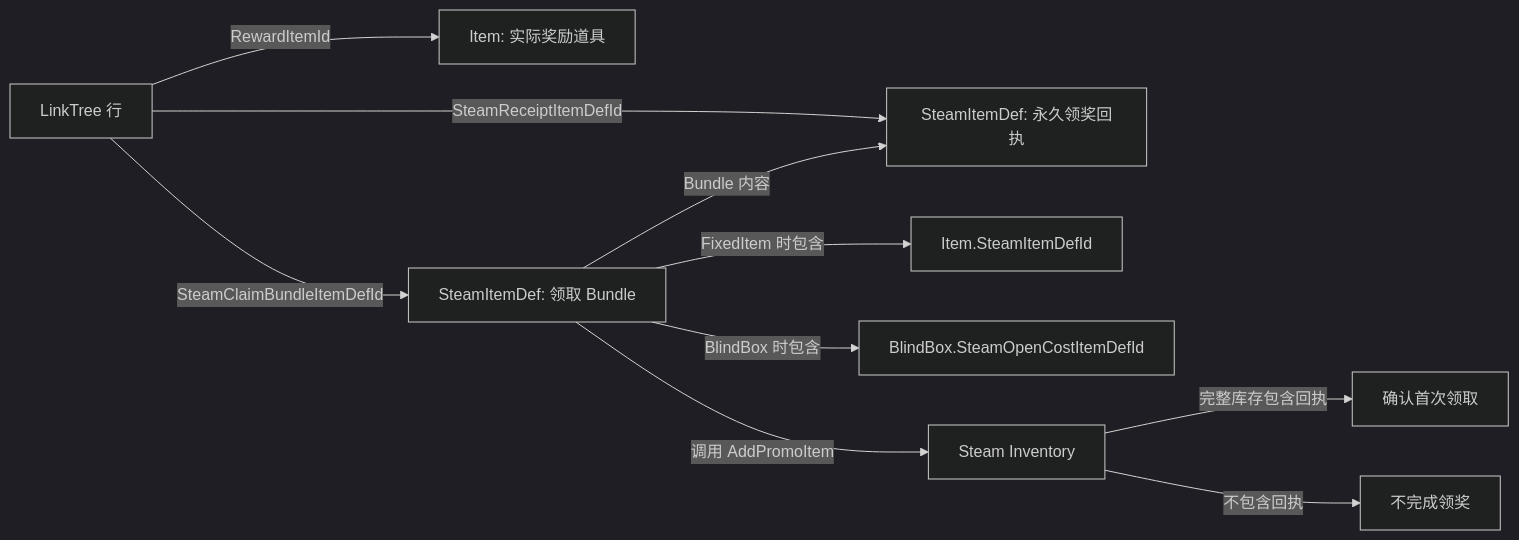
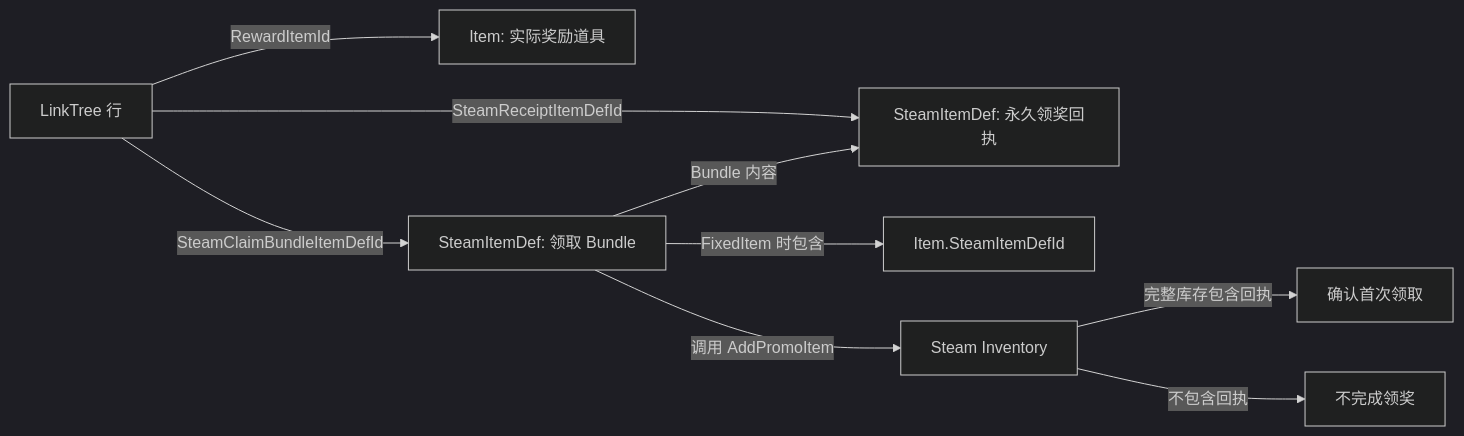
Before and after one commit to SeananTQ/lucky-dog-pub-2026: the diagram in docs/game-design/SteamItemDef表说明.md, drawn with Mermaid (dark theme). The commit also changed other lines of this file and 2 other files, not shown here.

````diff
--- a/docs/game-design/SteamItemDef表说明.md
+++ b/docs/game-design/SteamItemDef表说明.md
@@ -35,12 +33,11 @@
 ```mermaid
 flowchart LR
     LinkTree[LinkTree 行] -->|RewardItemId| Item[Item: 实际奖励道具]
     LinkTree -->|SteamReceiptItemDefId| Receipt[SteamItemDef: 永久领奖回执]
     LinkTree -->|SteamClaimBundleItemDefId| ClaimBundle[SteamItemDef: 领取 Bundle]
     ClaimBundle -->|Bundle 内容| Receipt
     ClaimBundle -->|FixedItem 时包含| SteamItem[Item.SteamItemDefId]
-    ClaimBundle -->|BlindBox 时包含| BoxTicket[BlindBox.SteamOpenCostItemDefId]
     ClaimBundle -->|调用 AddPromoItem| SteamInventory[Steam Inventory]
     SteamInventory -->|完整库存包含回执| Complete[确认首次领取]
     SteamInventory -->|不包含回执| RefuseReward[不完成领奖]
 ```
````
